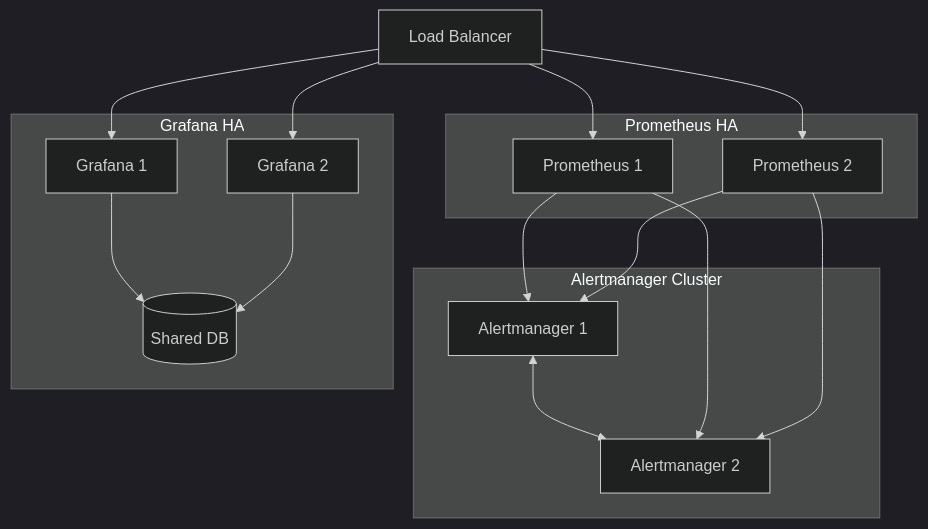
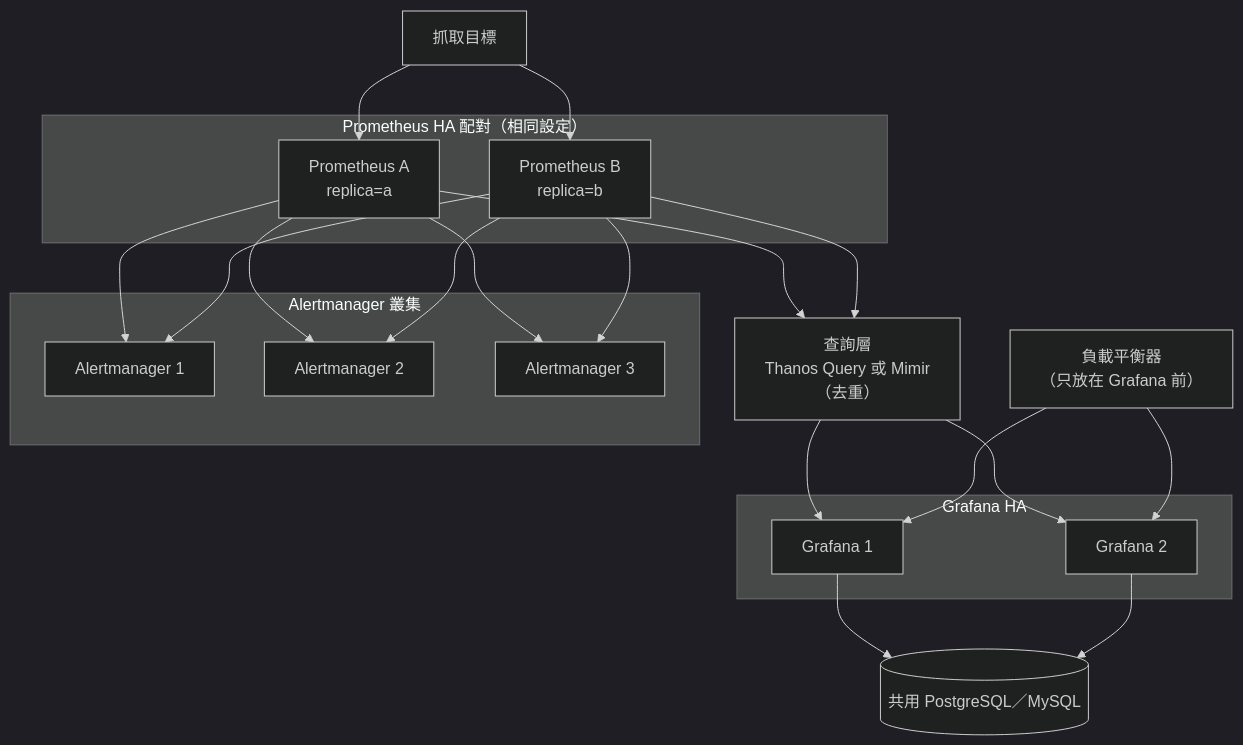
One commit to chihhung/Blog changed the tenth of 24 diagrams in content/posts/教學/工具/Prometheus與Grafana教學手冊.md. Above: the diagram before and after it, drawn with Mermaid (dark theme). The commit also changed other lines of this file and 8 other files, not shown here.

````diff
--- a/content/posts/教學/工具/Prometheus與Grafana教學手冊.md
+++ b/content/posts/教學/工具/Prometheus與Grafana教學手冊.md
@@ -400,31 +689,35 @@
 ```mermaid
-graph TB
-    subgraph "Prometheus HA"
-        P1[Prometheus 1]
-        P2[Prometheus 2]
+flowchart TB
+    subgraph PromHA["Prometheus HA 配對（相同設定）"]
+        P1["Prometheus A<br/>replica=a"]
+        P2["Prometheus B<br/>replica=b"]
     end
-    
-    subgraph "Alertmanager Cluster"
-        AM1[Alertmanager 1]
-        AM2[Alertmanager 2]
-        AM1 <--> AM2
+    subgraph AMC["Alertmanager 叢集"]
+        AM1["Alertmanager 1"]
+        AM2["Alertmanager 2"]
+        AM3["Alertmanager 3"]
     end
-    
-    subgraph "Grafana HA"
-        G1[Grafana 1]
-        G2[Grafana 2]
-        GDB[(Shared DB)]
-        G1 --> GDB
-        G2 --> GDB
+    subgraph GHA["Grafana HA"]
+        G1["Grafana 1"]
+        G2["Grafana 2"]
     end
-    
-    LB[Load Balancer] --> P1
-    LB --> P2
+    GDB[("共用 PostgreSQL／MySQL")]
+    Q["查詢層<br/>Thanos Query 或 Mimir<br/>（去重）"]
+    LB["負載平衡器<br/>（只放在 Grafana 前）"]
+    Targets["抓取目標"] --> P1
+    Targets --> P2
+    P1 --> AM1
+    P1 --> AM2
+    P1 --> AM3
+    P2 --> AM1
+    P2 --> AM2
+    P2 --> AM3
+    P1 --> Q
+    P2 --> Q
+    Q --> G1
+    Q --> G2
     LB --> G1
     LB --> G2
-    
-    P1 --> AM1
-    P1 --> AM2
-    P2 --> AM1
-    P2 --> AM2
+    G1 --> GDB
+    G2 --> GDB
 ```
````
